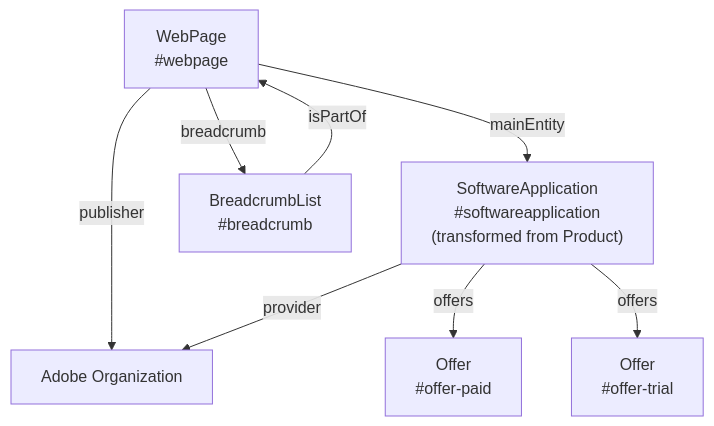
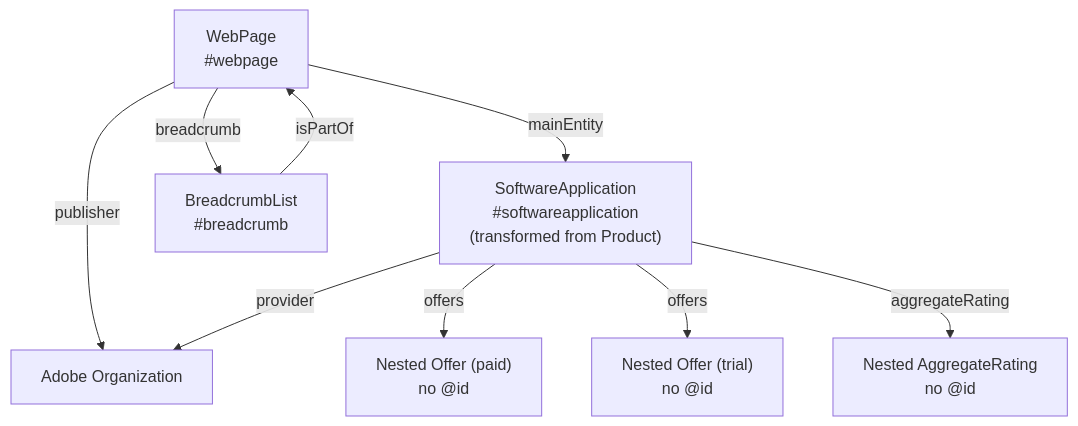
The third of 3 diagrams in libs/features/jsonld-graph-manager/jsonld-graph-manager.md (adobecom/milo), drawn with Mermaid before and after one commit. The commit also changed other lines of this file and 11 other files, not shown here.

````diff
--- a/libs/features/jsonld-graph-manager/jsonld-graph-manager.md
+++ b/libs/features/jsonld-graph-manager/jsonld-graph-manager.md
@@ -342,16 +343,18 @@
 ```mermaid
 graph TD
     WP["WebPage<br/>#webpage"]
     SA["SoftwareApplication<br/>#softwareapplication<br/>(transformed from Product)"]
     BC["BreadcrumbList<br/>#breadcrumb"]
     ORG["Adobe Organization"]
-    OFF1["Offer<br/>#offer-paid"]
-    OFF2["Offer<br/>#offer-trial"]
+    OFF1["Nested Offer (paid)<br/>no @id"]
+    OFF2["Nested Offer (trial)<br/>no @id"]
+    AR["Nested AggregateRating<br/>no @id"]
     WP -->|mainEntity| SA
     WP -->|publisher| ORG
     WP -->|breadcrumb| BC
     SA -->|provider| ORG
     SA -->|offers| OFF1
     SA -->|offers| OFF2
+    SA -->|aggregateRating| AR
     BC -->|isPartOf| WP
 ```
````
